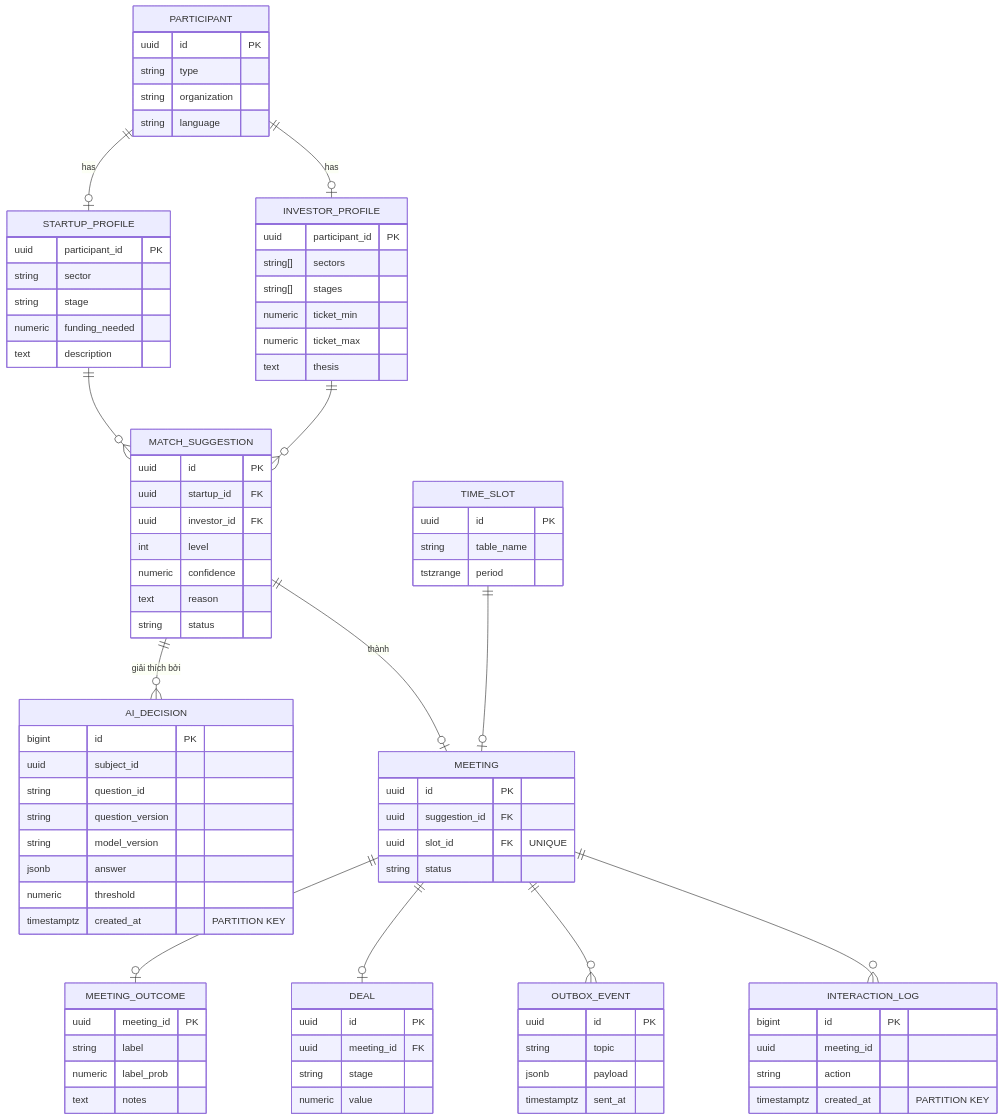
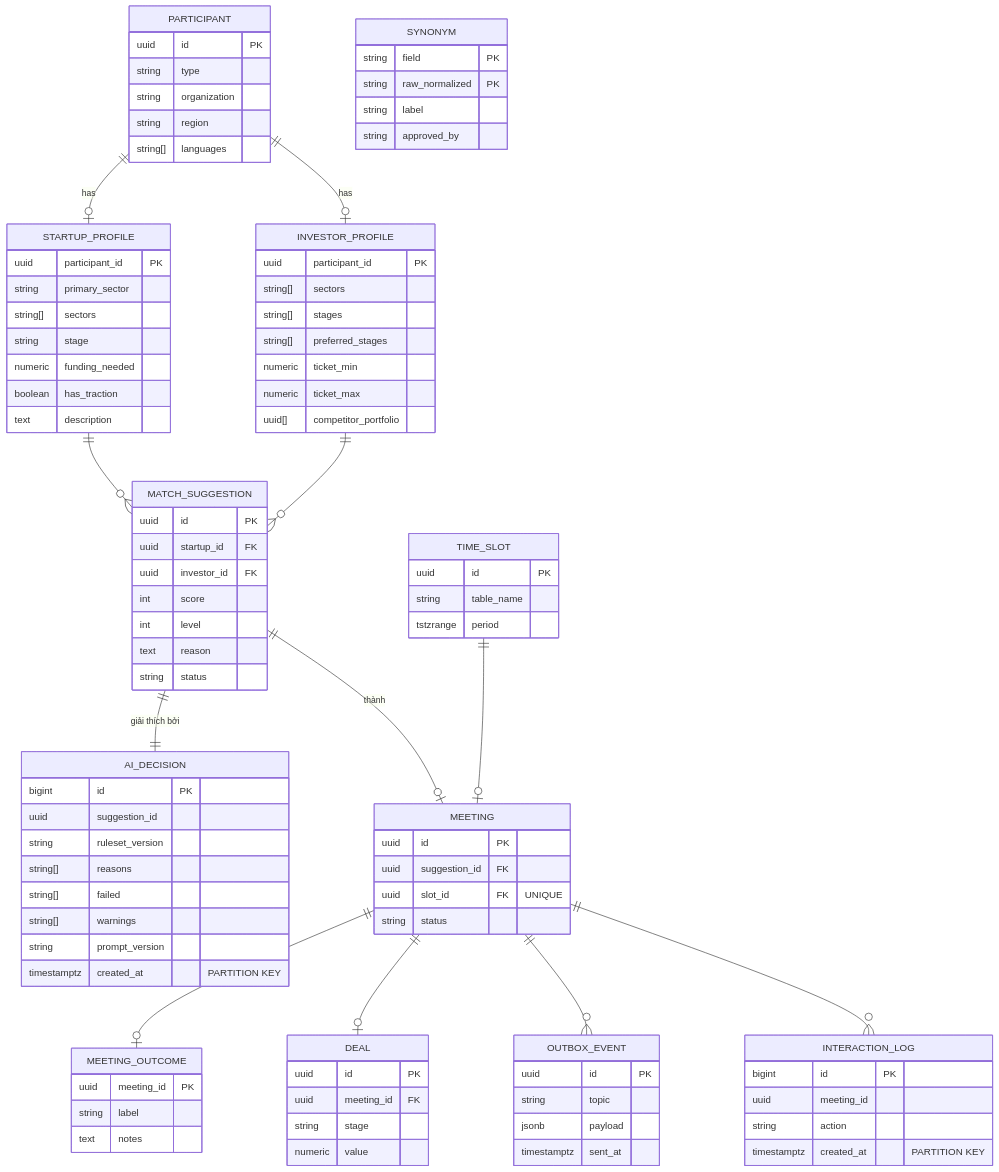
Before and after one commit to Trung1234/davas-matching: the tenth of 11 diagrams in README.md, drawn with Mermaid. The commit also changed other lines of this file, not shown here.

```diff
--- a/README.md
+++ b/README.md
@@ -493,7 +572,7 @@
     PARTICIPANT ||--o| INVESTOR_PROFILE : has
     STARTUP_PROFILE ||--o{ MATCH_SUGGESTION : ""
     INVESTOR_PROFILE ||--o{ MATCH_SUGGESTION : ""
-    MATCH_SUGGESTION ||--o{ AI_DECISION : "giải thích bởi"
+    MATCH_SUGGESTION ||--|| AI_DECISION : "giải thích bởi"
     MATCH_SUGGESTION ||--o| MEETING : "thành"
     TIME_SLOT ||--o| MEETING : ""
     MEETING ||--o| MEETING_OUTCOME : ""
@@ -505,41 +584,51 @@
         uuid id PK
         string type
         string organization
-        string language
+        string region
+        string[] languages
     }
     STARTUP_PROFILE {
         uuid participant_id PK
-        string sector
+        string primary_sector
+        string[] sectors
         string stage
         numeric funding_needed
+        boolean has_traction
         text description
     }
     INVESTOR_PROFILE {
         uuid participant_id PK
         string[] sectors
         string[] stages
+        string[] preferred_stages
         numeric ticket_min
         numeric ticket_max
-        text thesis
+        uuid[] competitor_portfolio
     }
     MATCH_SUGGESTION {
         uuid id PK
         uuid startup_id FK
         uuid investor_id FK
+        int score
         int level
-        numeric confidence
         text reason
         string status
     }
     AI_DECISION {
         bigint id PK
-        uuid subject_id
-        string question_id
-        string question_version
-        string model_version
-        jsonb answer
-        numeric threshold
+        uuid suggestion_id
+        string ruleset_version
+        string[] reasons
+        string[] failed
+        string[] warnings
+        string prompt_version
         timestamptz created_at "PARTITION KEY"
+    }
+    SYNONYM {
+        string field PK
+        string raw_normalized PK
+        string label
+        string approved_by
     }
     TIME_SLOT {
         uuid id PK
@@ -555,7 +644,6 @@
     MEETING_OUTCOME {
         uuid meeting_id PK
         string label
-        numeric label_prob
         text notes
     }
     DEAL {
```
